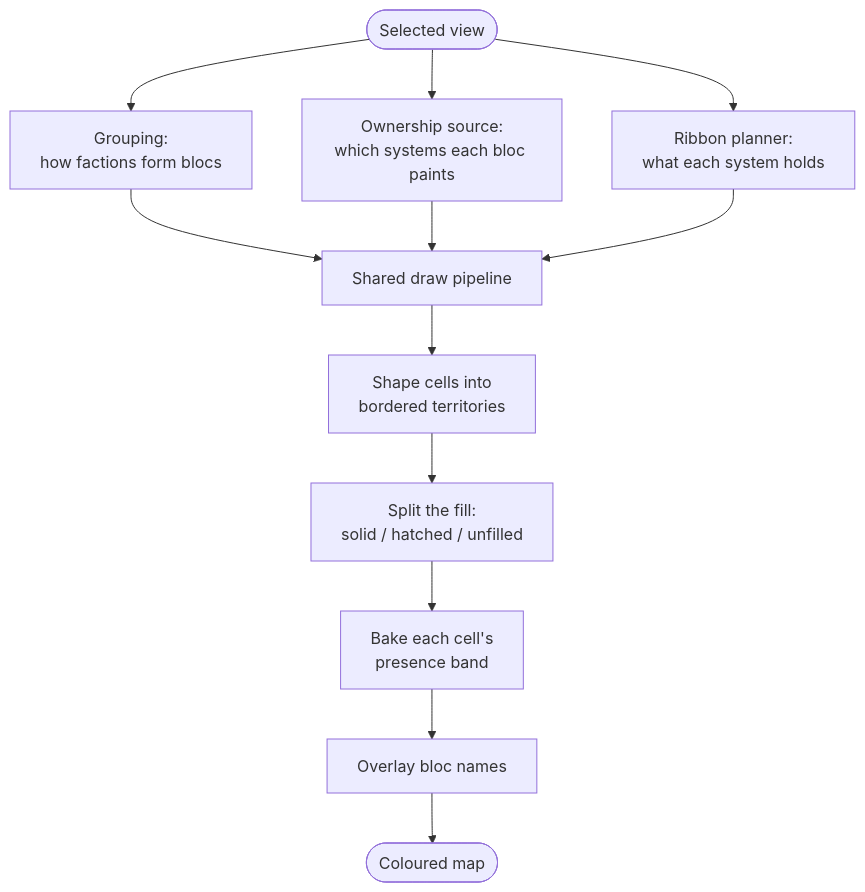
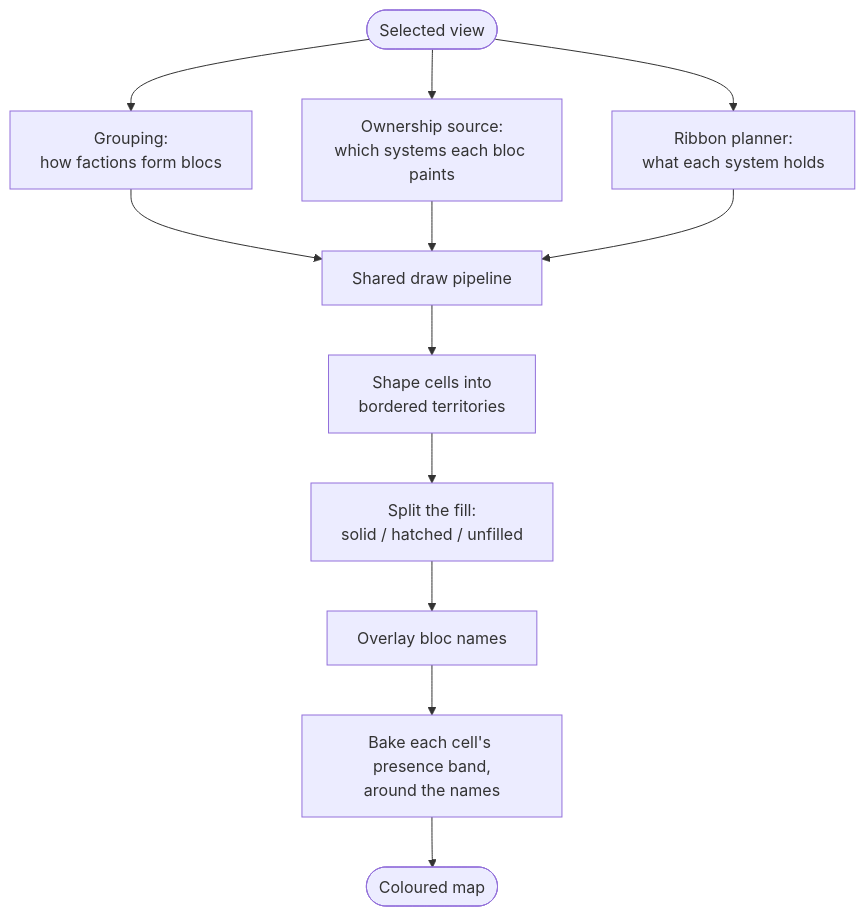
The diagram in src/main/java/kmu/maplayers/politicalmap/README.md (Klark-Morrigan/Starsector-Mod-KMU), drawn with Mermaid before and after one commit. The commit also changed other lines of this file and 18 other files, not shown here.

Commit message:
feature: cell bands avoid map labels

````diff
--- a/src/main/java/kmu/maplayers/politicalmap/README.md
+++ b/src/main/java/kmu/maplayers/politicalmap/README.md
@@ -106,14 +106,14 @@
 ```mermaid
 flowchart TD
     V([Selected view]) --> G[Grouping:<br/>how factions form blocs]
     V --> O[Ownership source:<br/>which systems each bloc paints]
     V --> R[Ribbon planner:<br/>what each system holds]
     G --> PIPE[Shared draw pipeline]
     O --> PIPE
     R --> PIPE
     PIPE --> S[Shape cells into<br/>bordered territories]
     S --> Fi[Split the fill:<br/>solid / hatched / unfilled]
-    Fi --> B[Bake each cell's<br/>presence band]
-    B --> L[Overlay bloc names]
-    L --> MAP([Coloured map])
+    Fi --> L[Overlay bloc names]
+    L --> B[Bake each cell's presence band,<br/>around the names]
+    B --> MAP([Coloured map])
 ```
````
